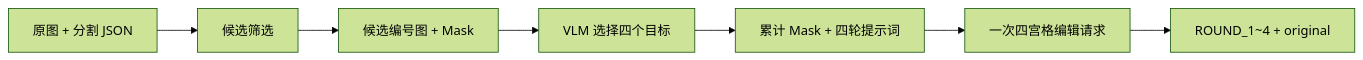
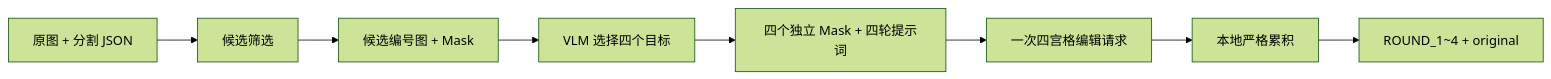
The diagram in README.md (WolfRanok/CascadeForge), drawn with Mermaid (forest theme) before and after one commit. The commit also changed other lines of this file and 5 other files, not shown here.

````diff
--- a/README.md
+++ b/README.md
@@ -21,9 +23,10 @@
 ```mermaid
 flowchart LR
     A[原图 + 分割 JSON] --> B[候选筛选]
     B --> C[候选编号图 + Mask]
     C --> D[VLM 选择四个目标]
-    D --> E[累计 Mask + 四轮提示词]
+    D --> E[四个独立 Mask + 四轮提示词]
     E --> F[一次四宫格编辑请求]
-    F --> G[ROUND_1~4 + original]
+    F --> G[本地严格累积]
+    G --> H[ROUND_1~4 + original]
 ```
````
